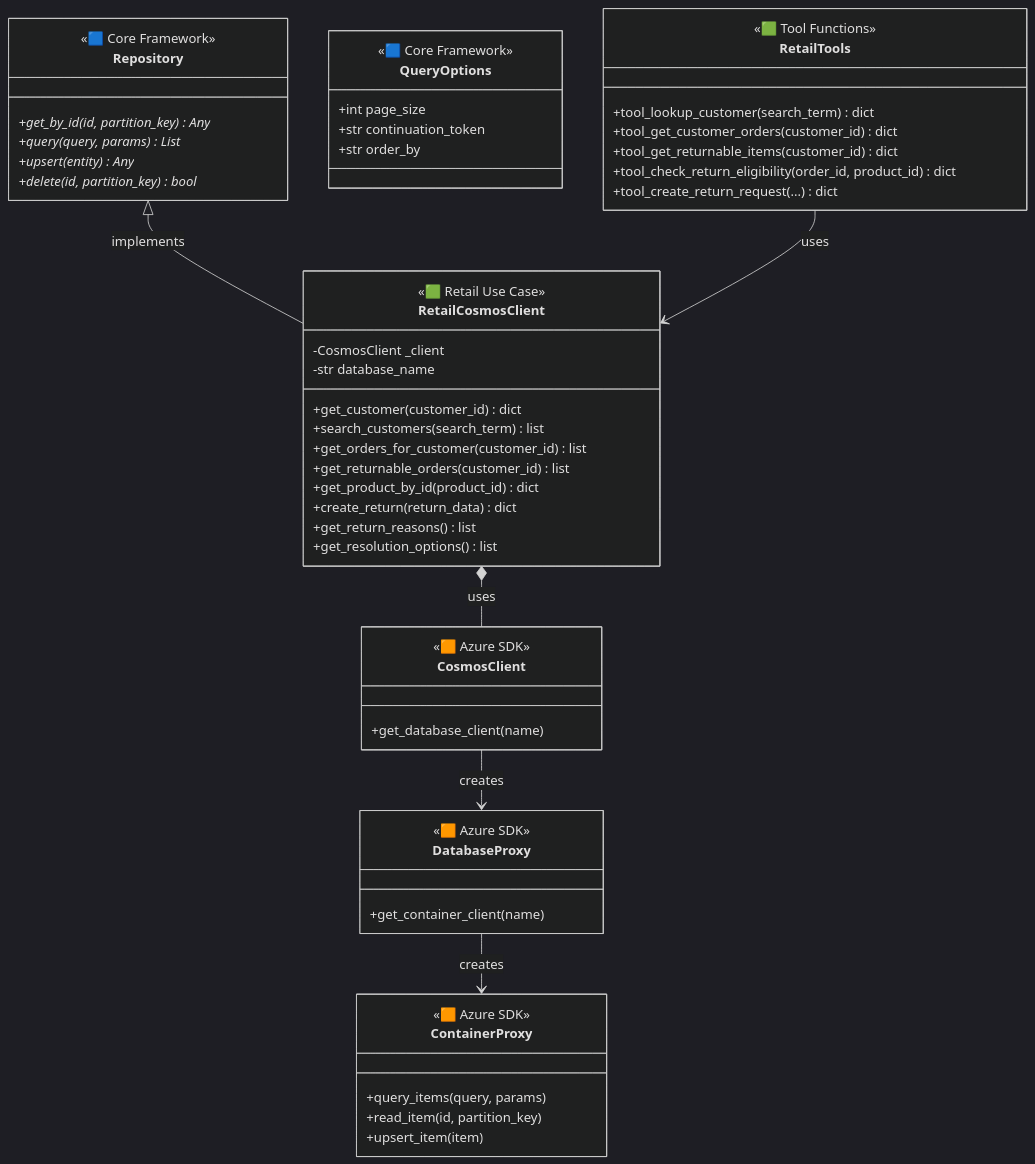
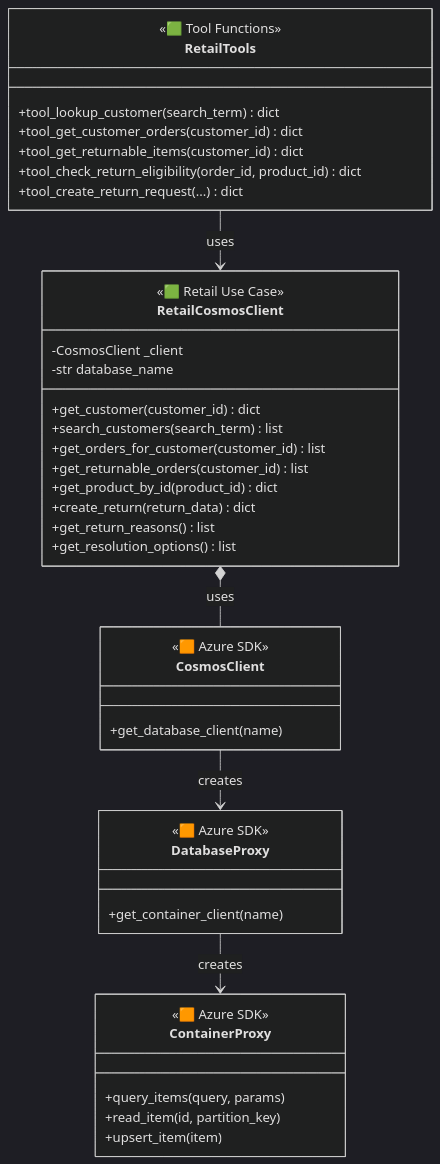
The fourth of 9 diagrams in docs/DIAGRAMS.md (MSFT-Innovation-Hub-India/Chatkit-Order-Return-Sample), drawn with Mermaid (dark theme) before and after one commit. The commit also changed other lines of this file and 7 other files, not shown here.

````diff
--- a/docs/DIAGRAMS.md
+++ b/docs/DIAGRAMS.md
@@ -394,70 +330,53 @@
 ```mermaid
 classDiagram
     direction TB
-    
-    %% Core Framework Base Classes (Blue - core/)
-    class Repository {
-        <<🟦 Core Framework>>
-        +get_by_id(id, partition_key)* Any
-        +query(query, params)* List
-        +upsert(entity)* Any
-        +delete(id, partition_key)* bool
-    }
-    
-    class QueryOptions {
-        <<🟦 Core Framework>>
-        +int page_size
-        +str continuation_token
-        +str order_by
-    }
     
     %% Retail Cosmos DB Client (Green)
     class RetailCosmosClient {
         <<🟩 Retail Use Case>>
         -CosmosClient _client
         -str database_name
         +get_customer(customer_id) dict
         +search_customers(search_term) list
         +get_orders_for_customer(customer_id) list
         +get_returnable_orders(customer_id) list
         +get_product_by_id(product_id) dict
         +create_return(return_data) dict
         +get_return_reasons() list
         +get_resolution_options() list
     }
     
     %% Azure Cosmos SDK (Orange)
     class CosmosClient {
         <<🟧 Azure SDK>>
         +get_database_client(name)
     }
     
     class DatabaseProxy {
         <<🟧 Azure SDK>>
         +get_container_client(name)
     }
     
     class ContainerProxy {
         <<🟧 Azure SDK>>
         +query_items(query, params)
         +read_item(id, partition_key)
         +upsert_item(item)
     }
     
     %% Agent Tool Functions (Green) - @function_tool decorated
     class RetailTools {
         <<🟩 Tool Functions>>
         +tool_lookup_customer(search_term) dict
         +tool_get_customer_orders(customer_id) dict
         +tool_get_returnable_items(customer_id) dict
         +tool_check_return_eligibility(order_id, product_id) dict
         +tool_create_return_request(...) dict
     }
     
     %% Relationships
-    Repository <|-- RetailCosmosClient : implements
     RetailCosmosClient *-- CosmosClient : uses
     CosmosClient --> DatabaseProxy : creates
     DatabaseProxy --> ContainerProxy : creates
     RetailTools --> RetailCosmosClient : uses
 ```
````
